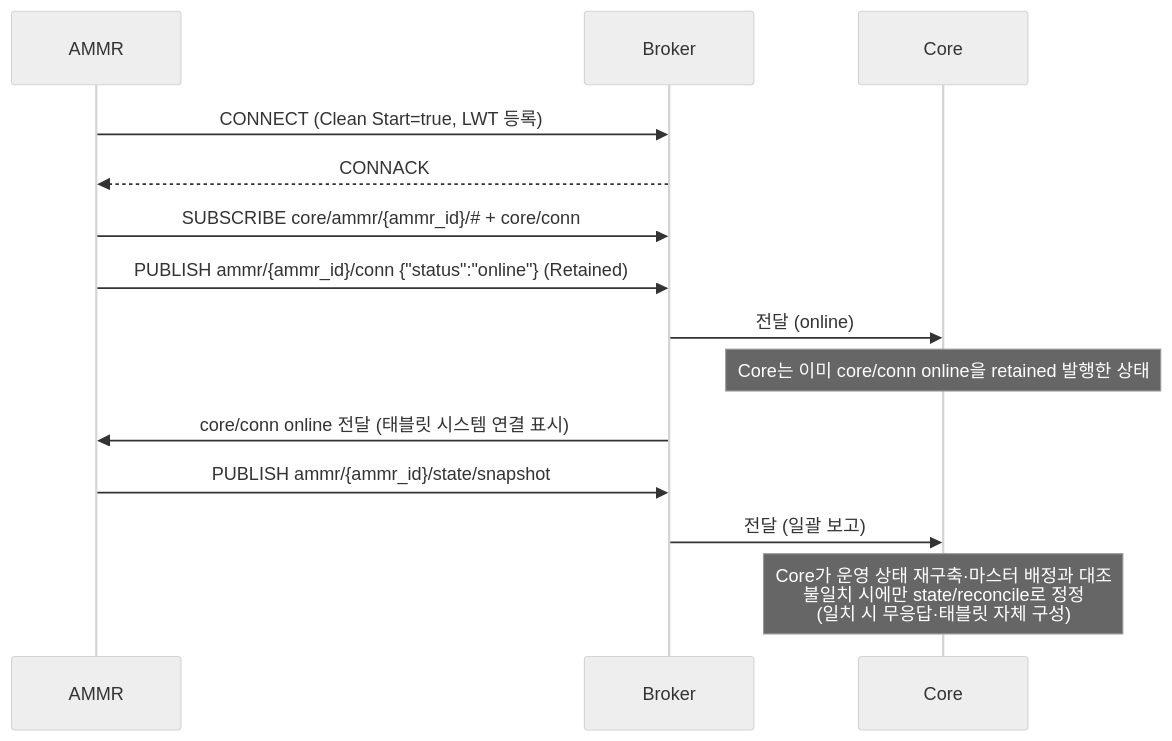
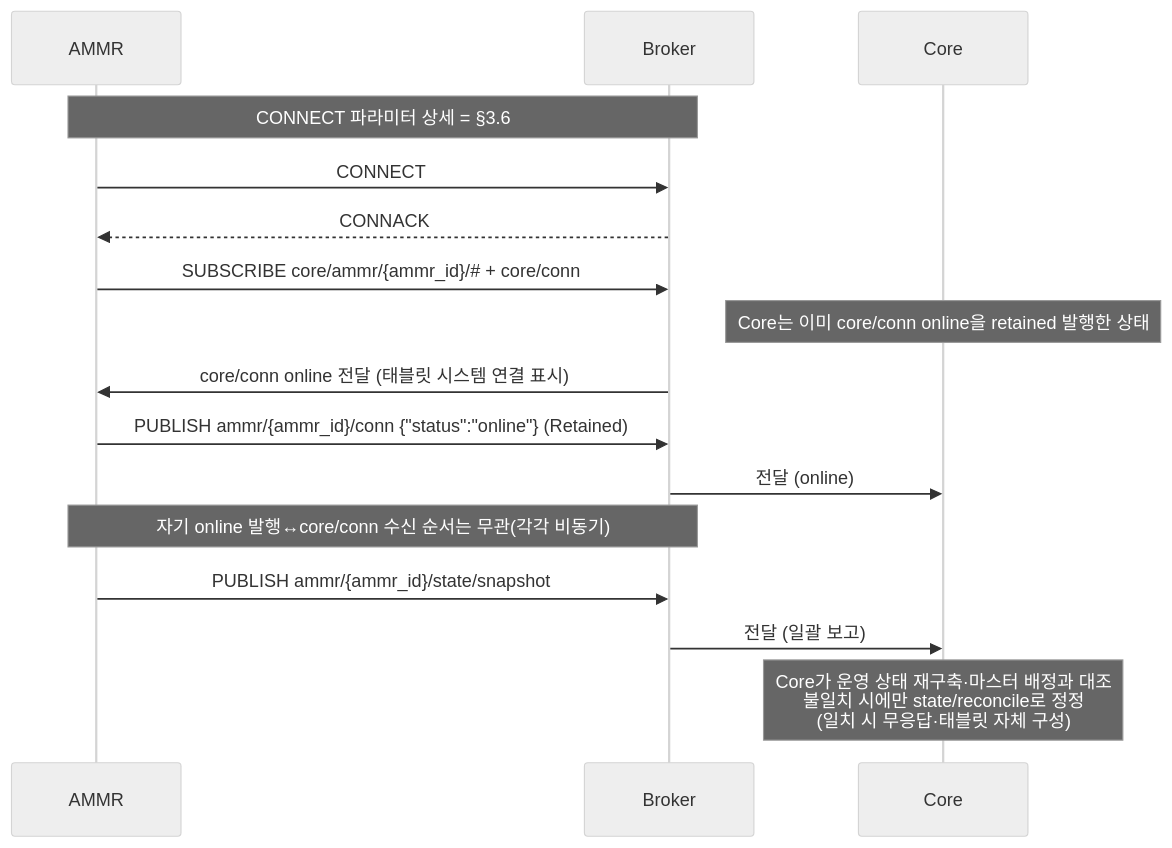
Before and after one commit to kimminsu0315/Core-Docs: the sixth of 13 diagrams in docs/out/Core_ICD_AMMR.md, drawn with Mermaid (neutral theme). The commit also changed other lines of this file and 10 other files, not shown here.

````diff
--- a/docs/out/Core_ICD_AMMR.md
+++ b/docs/out/Core_ICD_AMMR.md
@@ -1006,17 +1021,19 @@
 ```mermaid
 sequenceDiagram
     participant A as AMMR
     participant B as Broker
     participant C as Core
 
-    A->>B: CONNECT (Clean Start=true, LWT 등록)
+    Note over A,B: CONNECT 파라미터 상세 = §3.6
+    A->>B: CONNECT
     B-->>A: CONNACK
     A->>B: SUBSCRIBE core/ammr/{ammr_id}/#35; + core/conn
+    Note over C: Core는 이미 core/conn online을 retained 발행한 상태
+    B->>A: core/conn online 전달 (태블릿 시스템 연결 표시)
     A->>B: PUBLISH ammr/{ammr_id}/conn {"status":"online"} (Retained)
     B->>C: 전달 (online)
-    Note over C: Core는 이미 core/conn online을 retained 발행한 상태
-    B->>A: core/conn online 전달 (태블릿 시스템 연결 표시)
+    Note over A,B: 자기 online 발행↔core/conn 수신 순서는 무관(각각 비동기)
     A->>B: PUBLISH ammr/{ammr_id}/state/snapshot
     B->>C: 전달 (일괄 보고)
     Note over C: Core가 운영 상태 재구축·마스터 배정과 대조<br/>불일치 시에만 state/reconcile로 정정<br/>(일치 시 무응답·태블릿 자체 구성)
 ```
````
